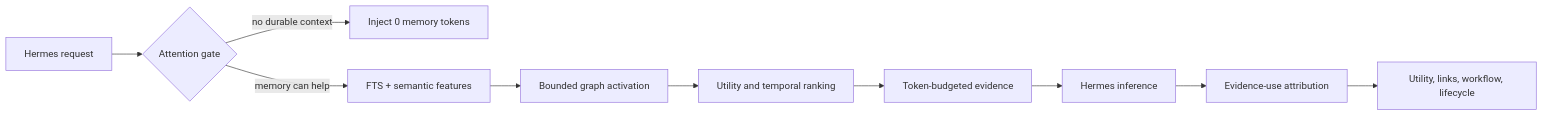
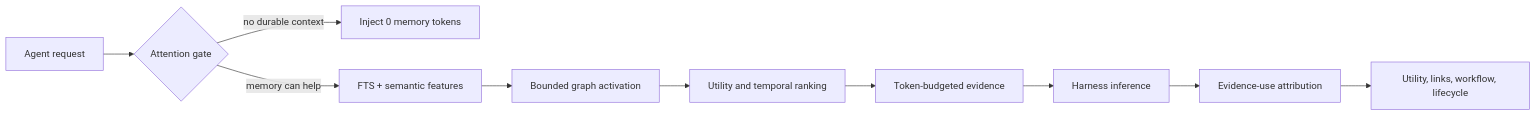
One commit to jacobycoffin/cortex-memory changed the diagram in README.md. Above: the diagram before and after it, drawn with Mermaid. The commit also changed other lines of this file and 34 other files, not shown here.

````diff
--- a/README.md
+++ b/README.md
@@ -123,12 +167,12 @@
 ```mermaid
 flowchart LR
-    Q["Hermes request"] --> G{"Attention gate"}
+    Q["Agent request"] --> G{"Attention gate"}
     G -->|"no durable context"| Z["Inject 0 memory tokens"]
     G -->|"memory can help"| H["FTS + semantic features"]
     H --> A["Bounded graph activation"]
     A --> R["Utility and temporal ranking"]
     R --> B["Token-budgeted evidence"]
-    B --> L["Hermes inference"]
+    B --> L["Harness inference"]
     L --> U["Evidence-use attribution"]
     U --> S["Utility, links, workflow, lifecycle"]
 ```
````
